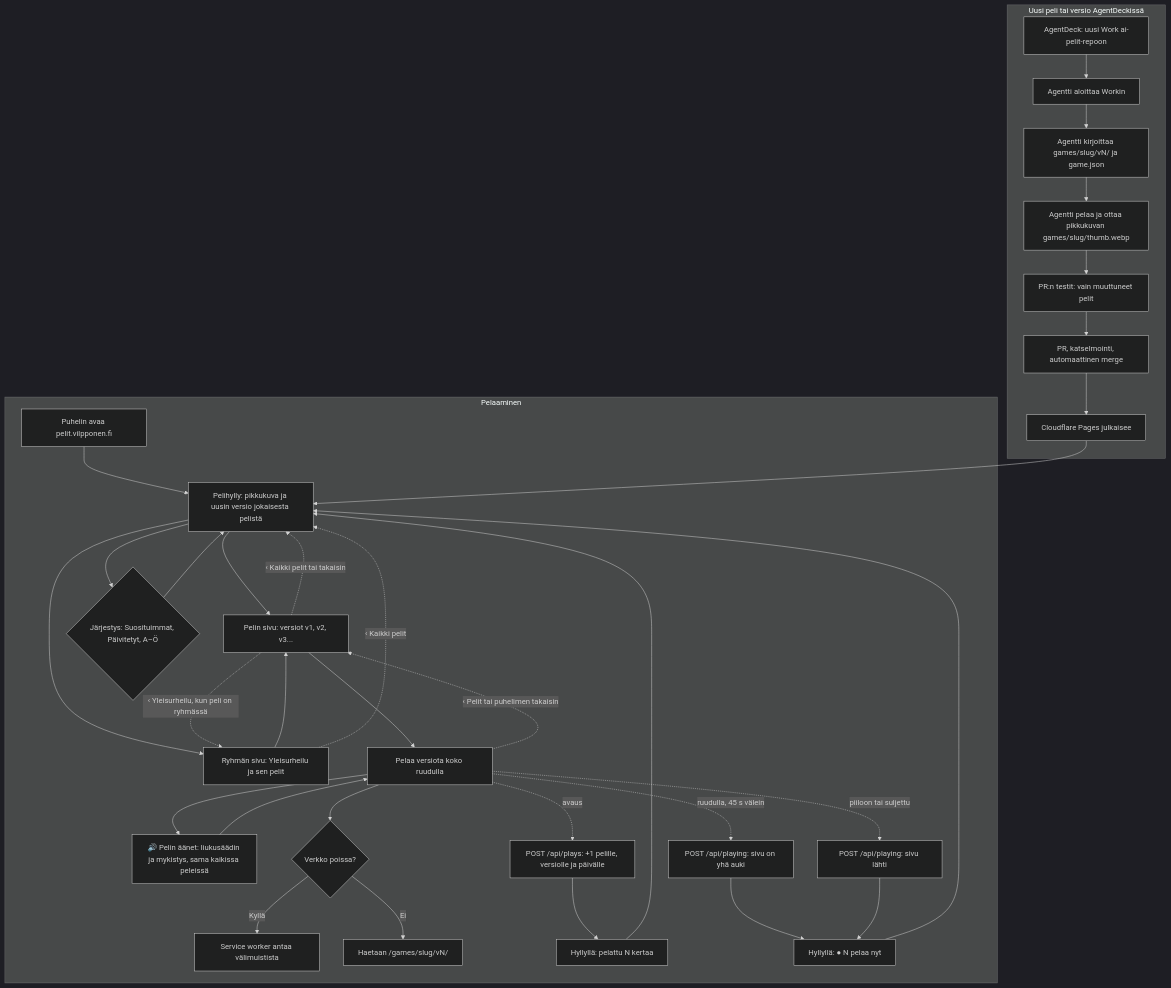
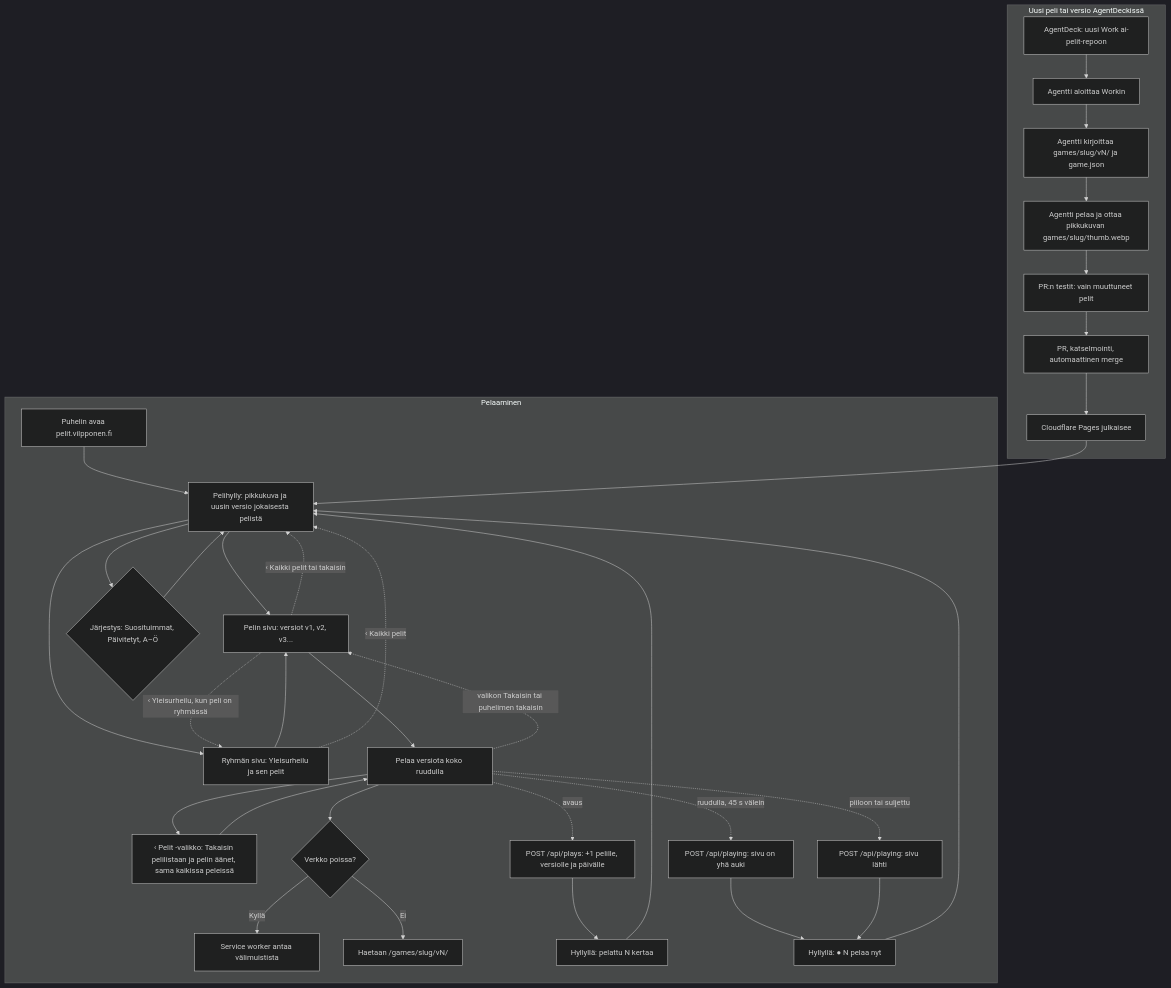
One commit to eerovil/ai-pelit changed the diagram in docs/diagrams/ai-pelit.md. Above: the diagram before and after it, drawn with Mermaid (dark theme). The commit also changed other lines of this file and 5 other files, not shown here.

````diff
--- a/docs/diagrams/ai-pelit.md
+++ b/docs/diagrams/ai-pelit.md
@@ -8,45 +8,45 @@
 ```mermaid
 flowchart TD
   subgraph Pelaaminen
     A[Puhelin avaa pelit.vilpponen.fi] --> B[Pelihylly: pikkukuva ja uusin versio jokaisesta pelistä]
     B --> C[Pelin sivu: versiot v1, v2, v3...]
     B --> J{Järjestys: Suosituimmat, Päivitetyt, A–Ö}
     J --> B
     B --> R[Ryhmän sivu: Yleisurheilu ja sen pelit]
     R --> C
     R -. ‹ Kaikki pelit .-> B
     C --> D[Pelaa versiota koko ruudulla]
-    D -. ‹ Pelit tai puhelimen takaisin .-> C
-    D --> V[🔊 Pelin äänet: liukusäädin ja mykistys, sama kaikissa peleissä]
+    D -. valikon Takaisin tai puhelimen takaisin .-> C
+    D --> V[‹ Pelit -valikko: Takaisin pelilistaan ja pelin äänet, sama kaikissa peleissä]
     V --> D
     C -. ‹ Kaikki pelit tai takaisin .-> B
     C -. ‹ Yleisurheilu, kun peli on ryhmässä .-> R
     D --> E{Verkko poissa?}
     E -- Kyllä --> F[Service worker antaa välimuistista]
     E -- Ei --> G[Haetaan /games/slug/vN/]
     D -. avaus .-> P[POST /api/plays: +1 pelille, versiolle ja päivälle]
     P --> Q[Hyllyllä: pelattu N kertaa]
     Q --> B
     D -. ruudulla, 45 s välein .-> W[POST /api/playing: sivu on yhä auki]
     D -. piiloon tai suljettu .-> X[POST /api/playing: sivu lähti]
     W --> Y[Hyllyllä: ● N pelaa nyt]
     X --> Y
     Y --> B
   end
   subgraph Uusi peli tai versio AgentDeckissä
     H[AgentDeck: uusi Work ai-pelit-repoon] --> L[Agentti aloittaa Workin]
     L --> M[Agentti kirjoittaa games/slug/vN/ ja game.json]
     M --> T[Agentti pelaa ja ottaa pikkukuvan games/slug/thumb.webp]
     T --> U[PR:n testit: vain muuttuneet pelit]
     U --> N[PR, katselmointi, automaattinen merge]
     N --> O[Cloudflare Pages julkaisee]
     O --> B
   end
   class A,B,C,D,Q,R,V,Y blue
   class E,J amber
   class F,G,P,W,X teal
   class H violet
   class L,M,T,N rose
   class U amber
   class O green
 ```
````
